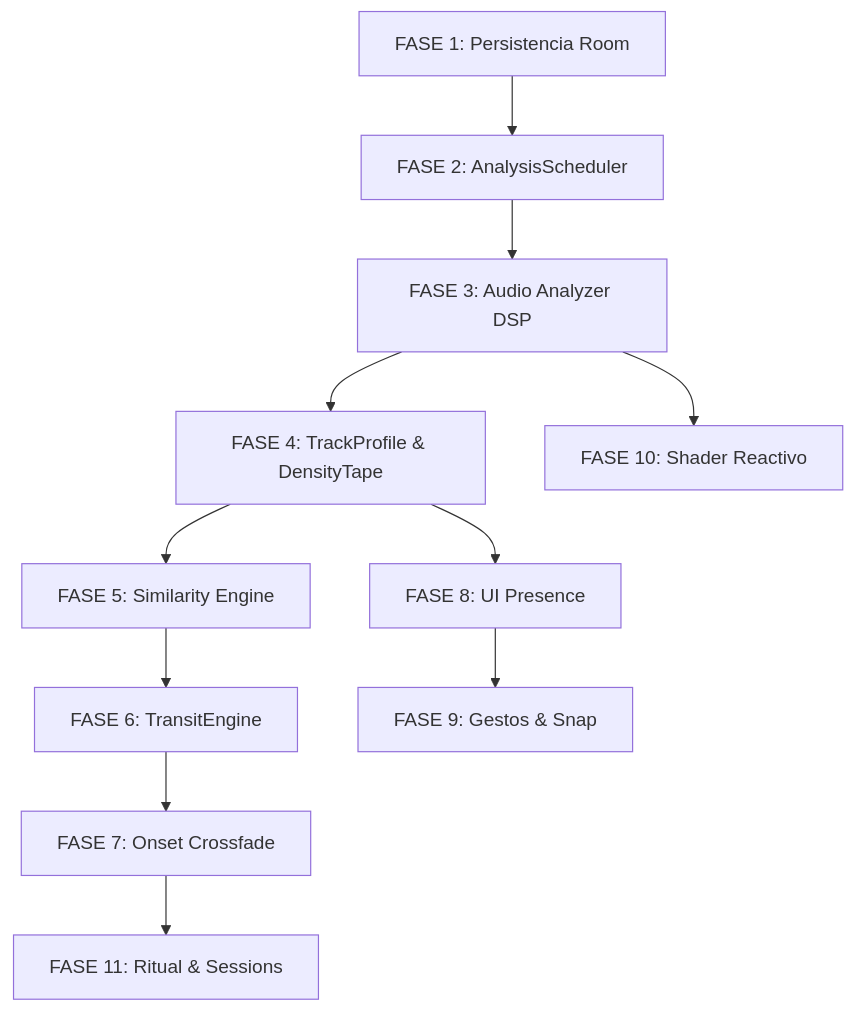
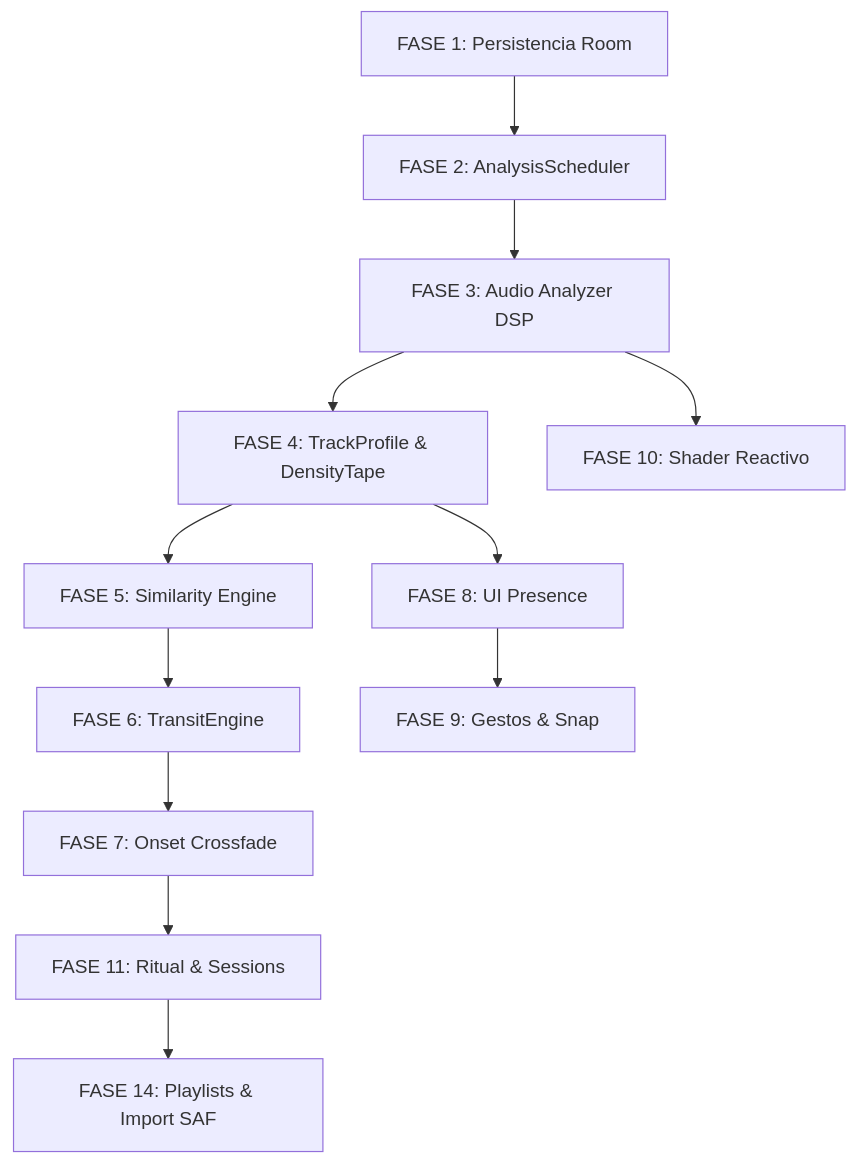
One commit to dark0013/AETHER changed the diagram in docs/ROADMAP.md. Above: the diagram before and after it, drawn with Mermaid. The commit also changed other lines of this file and 4 other files, not shown here.

````diff
--- a/docs/ROADMAP.md
+++ b/docs/ROADMAP.md
@@ -185,13 +198,14 @@
 ```mermaid
 graph TD
     P[FASE 1: Persistencia Room] --> AS[FASE 2: AnalysisScheduler]
     AS --> AA[FASE 3: Audio Analyzer DSP]
     AA --> TP[FASE 4: TrackProfile & DensityTape]
     TP --> SE[FASE 5: Similarity Engine]
     TP --> PR[FASE 8: UI Presence]
     SE --> TE[FASE 6: TransitEngine]
     TE --> CF[FASE 7: Onset Crossfade]
     PR --> G[FASE 9: Gestos & Snap]
     AA --> S[FASE 10: Shader Reactivo]
     CF --> R[FASE 11: Ritual & Sessions]
+    R --> PL[FASE 14: Playlists & Import SAF]
 ```
````
